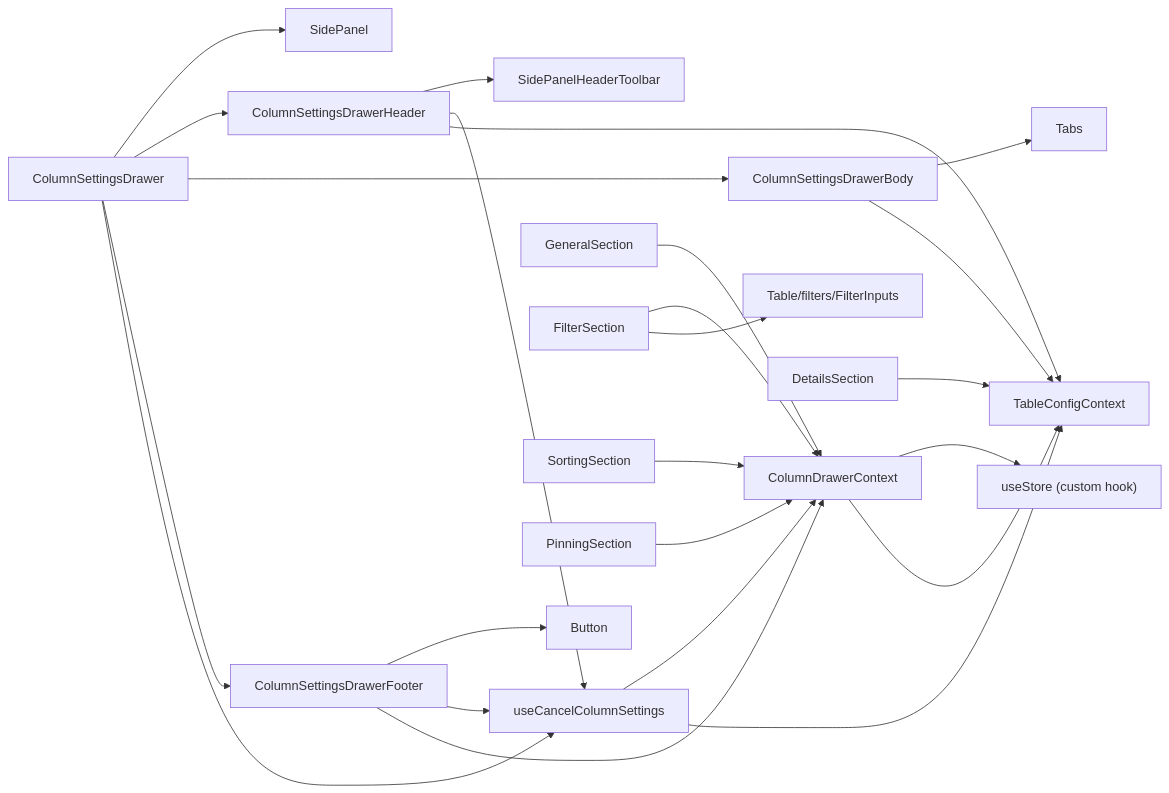
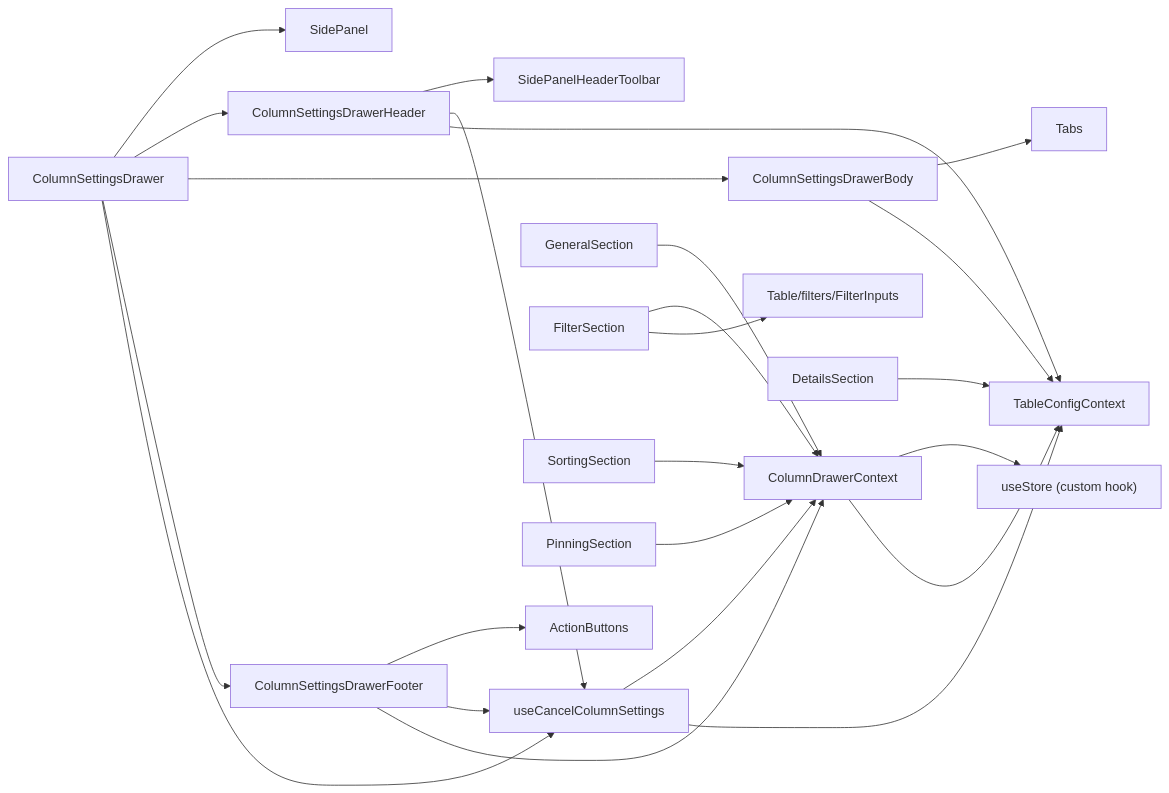
The first of 2 diagrams in packages/ui/src/components/Table/ColumnSettingsDrawer/ARCHITECTURE.md (luciocabrera/lcabrera-stack), drawn with Mermaid before and after one commit. The commit also changed 24 other files, not shown here.

Commit message:
feat(ui): introduce ActionButtons component for consistent button handling across modals and footers

````diff
--- a/packages/ui/src/components/Table/ColumnSettingsDrawer/ARCHITECTURE.md
+++ b/packages/ui/src/components/Table/ColumnSettingsDrawer/ARCHITECTURE.md
@@ -99,32 +99,32 @@
 ```mermaid
 graph LR
   CSD["ColumnSettingsDrawer"] --> SidePanel
   CSD --> CSDHeader["ColumnSettingsDrawerHeader"]
   CSD --> CSDBody["ColumnSettingsDrawerBody"]
   CSD --> CSDFooter["ColumnSettingsDrawerFooter"]
   CSD --> CancelHook["useCancelColumnSettings"]
 
   CSDHeader --> SidePanelHeaderToolbar
   CSDHeader --> CancelHook
   CSDHeader --> TableConfigContext
 
   CSDBody --> Tabs
   CSDBody --> TableConfigContext
 
-  CSDFooter --> Button
+  CSDFooter --> ActionButtons
   CSDFooter --> CancelHook
   CSDFooter --> ColumnDrawerContext
 
   CancelHook --> ColumnDrawerContext
   CancelHook --> TableConfigContext
 
   ColumnDrawerContext --> useStore["useStore (custom hook)"]
   ColumnDrawerContext --> TableConfigContext
 
   GeneralSection --> ColumnDrawerContext
   FilterSection --> ColumnDrawerContext
   FilterSection --> FilterInputs["Table/filters/FilterInputs"]
   SortingSection --> ColumnDrawerContext
   PinningSection --> ColumnDrawerContext
   DetailsSection --> TableConfigContext
 ```
````
